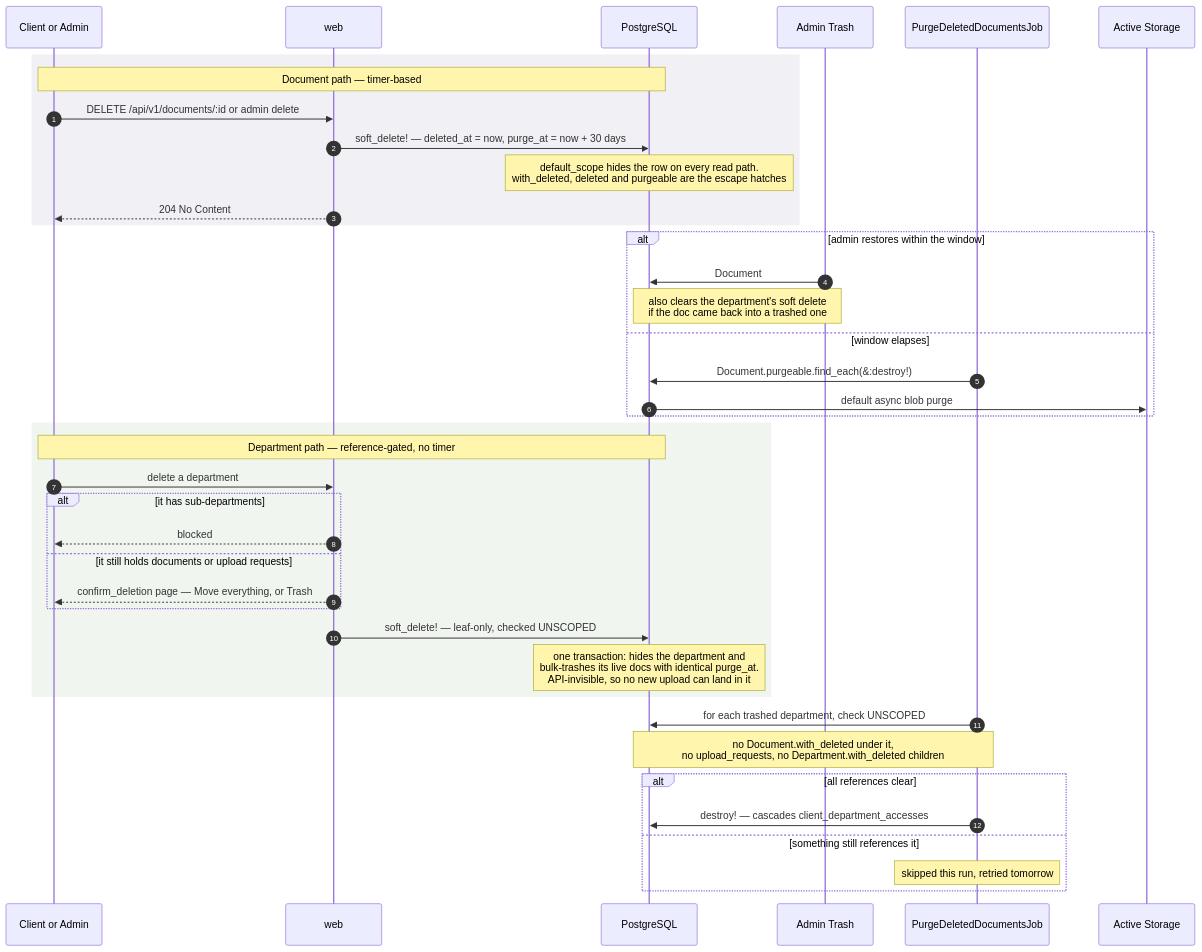
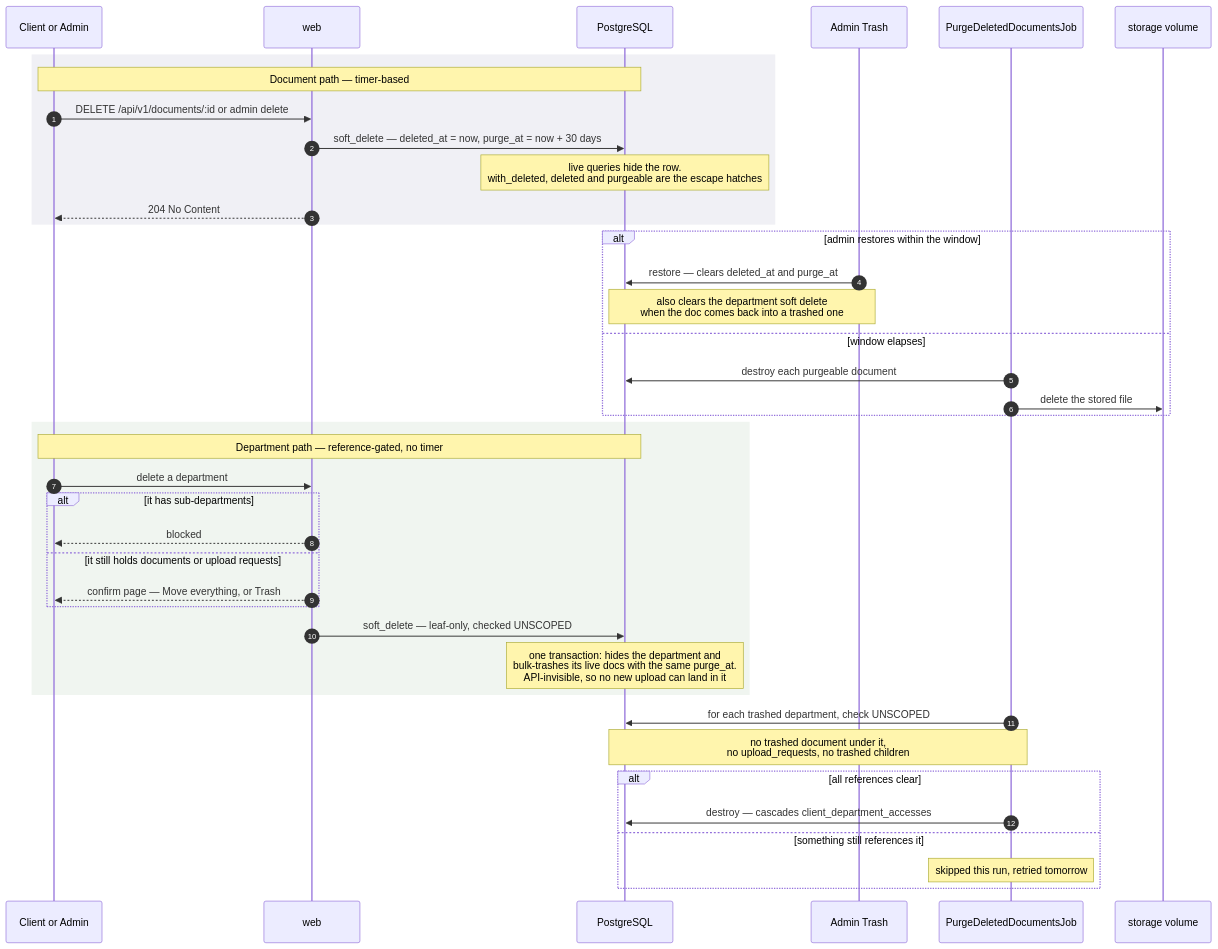
One commit to maximefourre/ged changed the seventh of 7 diagrams in docs/architecture/c4.md. Above: the diagram before and after it, drawn with Mermaid. The commit also changed other lines of this file and 7 other files, not shown here.

````diff
--- a/docs/architecture/c4.md
+++ b/docs/architecture/c4.md
@@ -351,46 +351,46 @@
 ```mermaid
 sequenceDiagram
     autonumber
     participant A as Client or Admin
     participant W as web
     participant DB as PostgreSQL
     participant AD as Admin Trash
     participant PJ as PurgeDeletedDocumentsJob
-    participant AS as Active Storage
+    participant FS as storage volume
 
     rect rgb(240, 240, 245)
         Note over A,DB: Document path — timer-based
         A->>W: DELETE /api/v1/documents/:id or admin delete
-        W->>DB: soft_delete! — deleted_at = now, purge_at = now + 30 days
-        Note over DB: default_scope hides the row on every read path.<br/>with_deleted, deleted and purgeable are the escape hatches
+        W->>DB: soft_delete — deleted_at = now, purge_at = now + 30 days
+        Note over DB: live queries hide the row.<br/>with_deleted, deleted and purgeable are the escape hatches
         W-->>A: 204 No Content
     end
 
     alt admin restores within the window
-        AD->>DB: Document#restore! — clears deleted_at and purge_at
-        Note over AD,DB: also clears the department's soft delete<br/>if the doc came back into a trashed one
+        AD->>DB: restore — clears deleted_at and purge_at
+        Note over AD,DB: also clears the department soft delete<br/>when the doc comes back into a trashed one
     else window elapses
-        PJ->>DB: Document.purgeable.find_each(&:destroy!)
-        DB->>AS: default async blob purge
+        PJ->>DB: destroy each purgeable document
+        PJ->>FS: delete the stored file
     end
 
     rect rgb(240, 245, 240)
         Note over A,DB: Department path — reference-gated, no timer
         A->>W: delete a department
         alt it has sub-departments
             W-->>A: blocked
         else it still holds documents or upload requests
-            W-->>A: confirm_deletion page — Move everything, or Trash
+            W-->>A: confirm page — Move everything, or Trash
         end
-        W->>DB: soft_delete! — leaf-only, checked UNSCOPED
-        Note over DB: one transaction: hides the department and<br/>bulk-trashes its live docs with identical purge_at.<br/>API-invisible, so no new upload can land in it
+        W->>DB: soft_delete — leaf-only, checked UNSCOPED
+        Note over DB: one transaction: hides the department and<br/>bulk-trashes its live docs with the same purge_at.<br/>API-invisible, so no new upload can land in it
     end
 
     PJ->>DB: for each trashed department, check UNSCOPED
-    Note over PJ,DB: no Document.with_deleted under it,<br/>no upload_requests, no Department.with_deleted children
+    Note over PJ,DB: no trashed document under it,<br/>no upload_requests, no trashed children
     alt all references clear
-        PJ->>DB: destroy! — cascades client_department_accesses
+        PJ->>DB: destroy — cascades client_department_accesses
     else something still references it
         Note over PJ: skipped this run, retried tomorrow
     end
 ```
````
